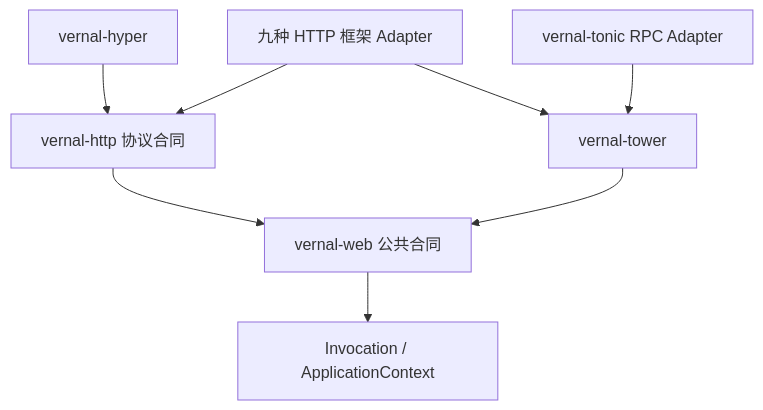
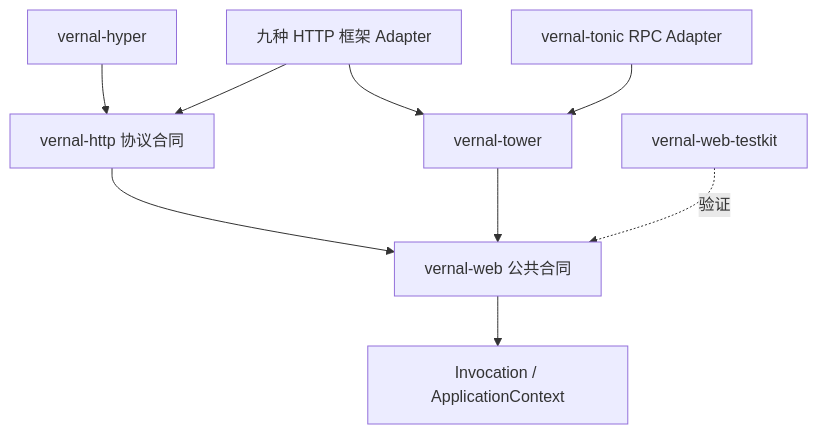
Before and after one commit to easy-4-rust/vernal: diagram 11 of 13 in docs/Vernal-Architecture.zh_CN.md, drawn with Mermaid. The commit also changed other lines of this file and 64 other files, not shown here.

````diff
--- a/docs/Vernal-Architecture.zh_CN.md
+++ b/docs/Vernal-Architecture.zh_CN.md
@@ -646,18 +649,20 @@
 ```mermaid
 flowchart TD
     Core["Invocation / ApplicationContext"]
     Web["vernal-web 公共合同"]
     Http["vernal-http 协议合同"]
     Tower["vernal-tower"]
     Hyper["vernal-hyper"]
+    Testkit["vernal-web-testkit"]
     HttpAdapters["九种 HTTP 框架 Adapter"]
     Tonic["vernal-tonic RPC Adapter"]
 
     Web --> Core
     Http --> Web
     Tower --> Web
     Hyper --> Http
+    Testkit -.验证.-> Web
     HttpAdapters --> Http
     HttpAdapters --> Tower
     Tonic --> Tower
 ```
````
